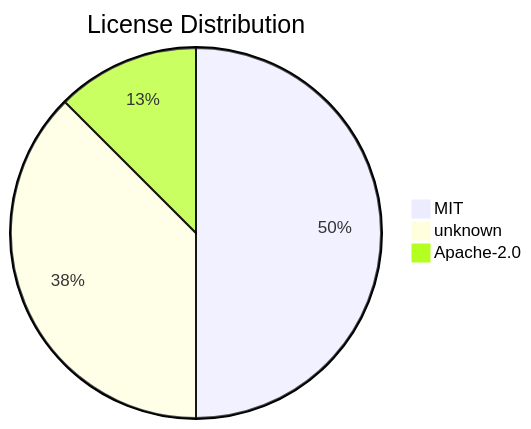
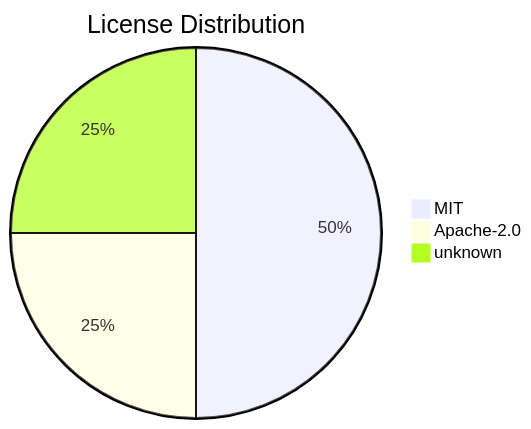
The diagram in .shipwright/compliance/sbom.md (svenroth-ai/shipwright), drawn with Mermaid before and after one commit. The commit also changed other lines of this file and 7 other files, not shown here.

````diff
--- a/.shipwright/compliance/sbom.md
+++ b/.shipwright/compliance/sbom.md
@@ -17,6 +17,6 @@
 ```mermaid
 pie title License Distribution
     "MIT" : 4
-    "unknown" : 3
-    "Apache-2.0" : 1
+    "Apache-2.0" : 2
+    "unknown" : 2
 ```
````
